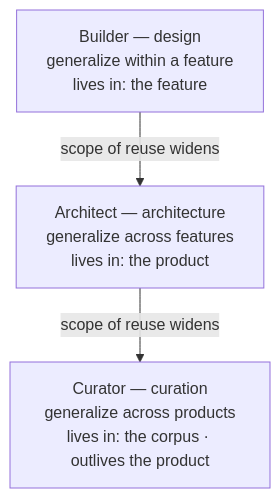
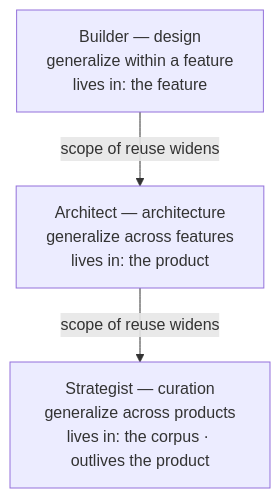
One commit to cyberuni/cyberplace changed the second of 6 diagrams in artifacts/specs/motive-model/spec.md. Above: the diagram before and after it, drawn with Mermaid. The commit also changed other lines of this file and 40 other files, not shown here.

First line of the commit message:
refactor: rename actors Framer->Director and Curator->Strategist

````diff
--- a/artifacts/specs/motive-model/spec.md
+++ b/artifacts/specs/motive-model/spec.md
@@ -81,7 +81,7 @@
 ```mermaid
 flowchart TB
     B["Builder — design<br/>generalize within a feature<br/>lives in: the feature"]
     AR["Architect — architecture<br/>generalize across features<br/>lives in: the product"]
-    C["Curator — curation<br/>generalize across products<br/>lives in: the corpus · outlives the product"]
+    C["Strategist — curation<br/>generalize across products<br/>lives in: the corpus · outlives the product"]
     B -->|"scope of reuse widens"| AR -->|"scope of reuse widens"| C
 ```
````
